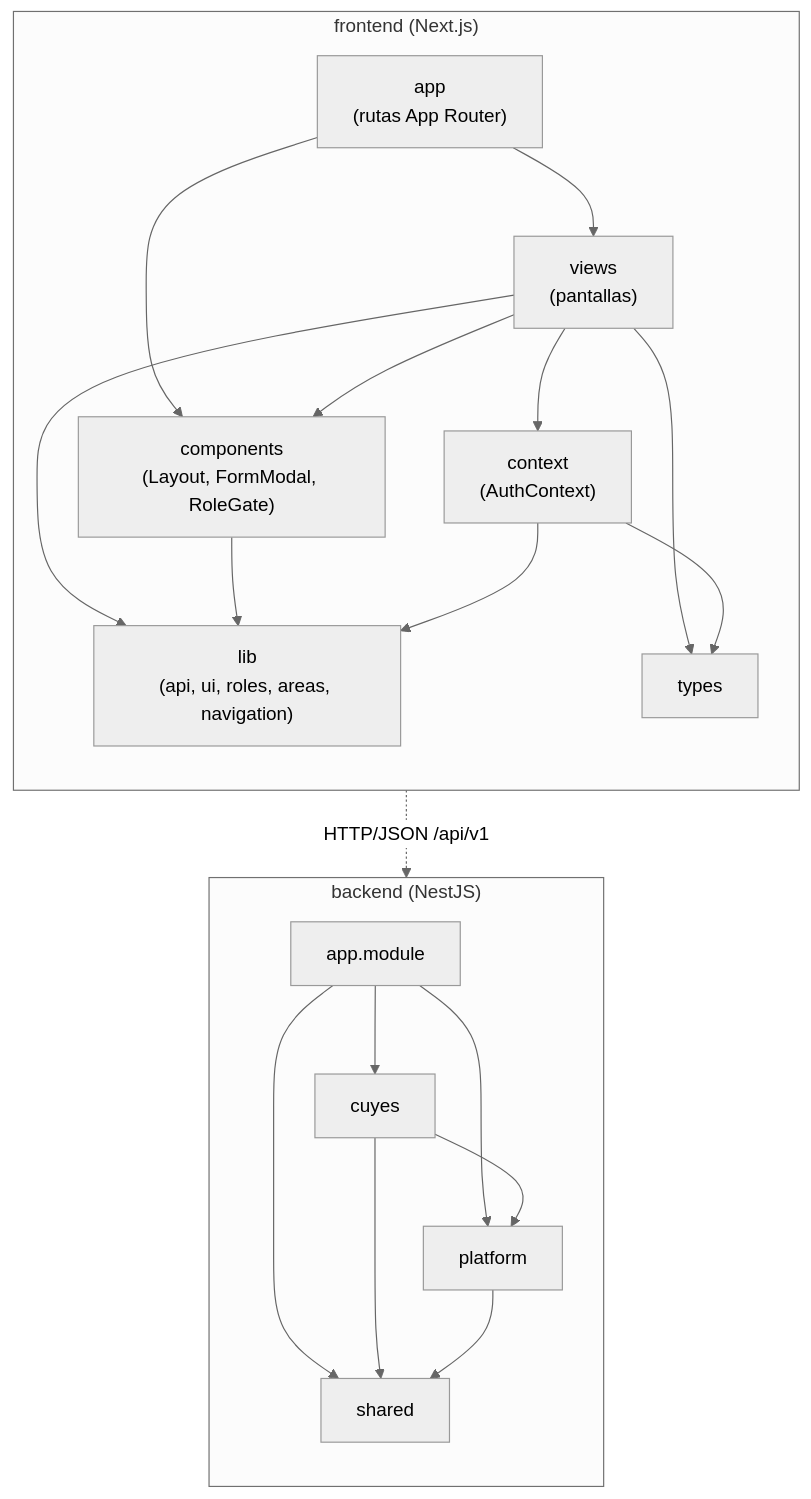
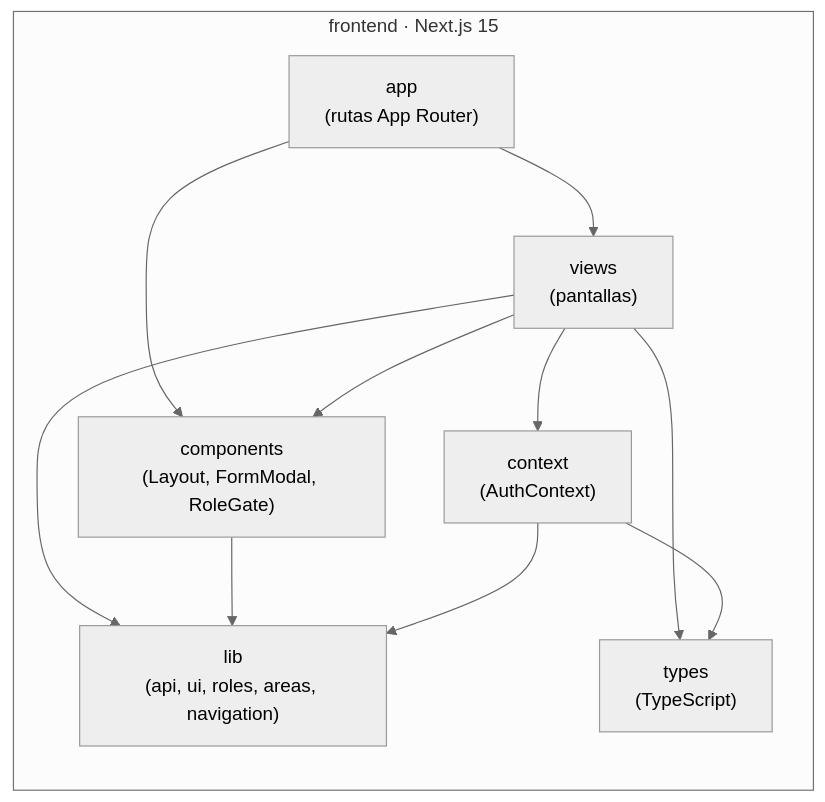
The first of 4 diagrams in docs/entrega_01/09.md (juan745Guevara/Cuy-system), drawn with Mermaid (neutral theme) before and after one commit. The commit also changed other lines of this file and 22 other files, not shown here.

````diff
--- a/docs/entrega_01/09.md
+++ b/docs/entrega_01/09.md
@@ -7,37 +7,21 @@
 ```mermaid
 flowchart TB
-  subgraph FE["frontend (Next.js)"]
-    direction TB
-    app["app<br/>(rutas App Router)"]
-    views["views<br/>(pantallas)"]
-    components["components<br/>(Layout, FormModal, RoleGate)"]
-    context["context<br/>(AuthContext)"]
-    lib["lib<br/>(api, ui, roles, areas, navigation)"]
-    types["types"]
-    app --> views
-    app --> components
-    views --> components
-    views --> context
-    views --> lib
-    components --> lib
-    context --> lib
-    views --> types
-    context --> types
-  end
-
-  subgraph BE["backend (NestJS)"]
-    direction TB
-    appmodule["app.module"]
-    cuyes["cuyes"]
-    platform["platform"]
-    shared["shared"]
-    appmodule --> cuyes
-    appmodule --> platform
-    appmodule --> shared
-    cuyes --> platform
-    cuyes --> shared
-    platform --> shared
-  end
-
-  lib -. "HTTP/JSON /api/v1" .-> BE
+    subgraph FE["frontend · Next.js 15"]
+        direction TB
+        app["app<br/>(rutas App Router)"]
+        views["views<br/>(pantallas)"]
+        components["components<br/>(Layout, FormModal, RoleGate)"]
+        context["context<br/>(AuthContext)"]
+        lib["lib<br/>(api, ui, roles, areas, navigation)"]
+        types["types<br/>(TypeScript)"]
+        app --> views
+        app --> components
+        views --> components
+        views --> context
+        views --> lib
+        components --> lib
+        context --> lib
+        views --> types
+        context --> types
+    end
 ```
````
